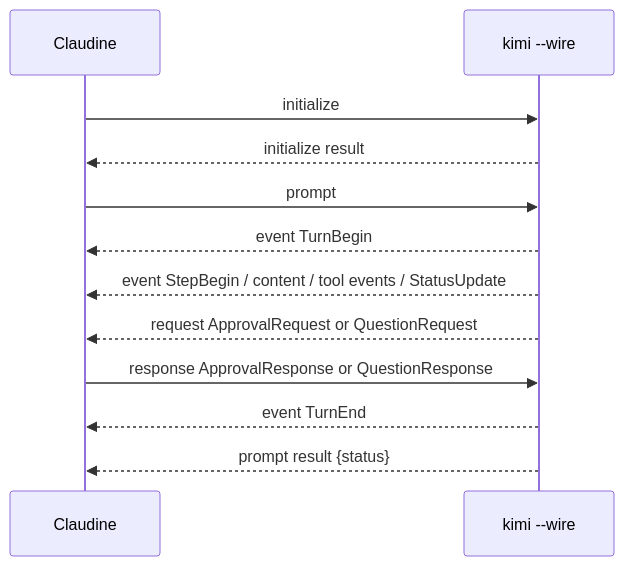
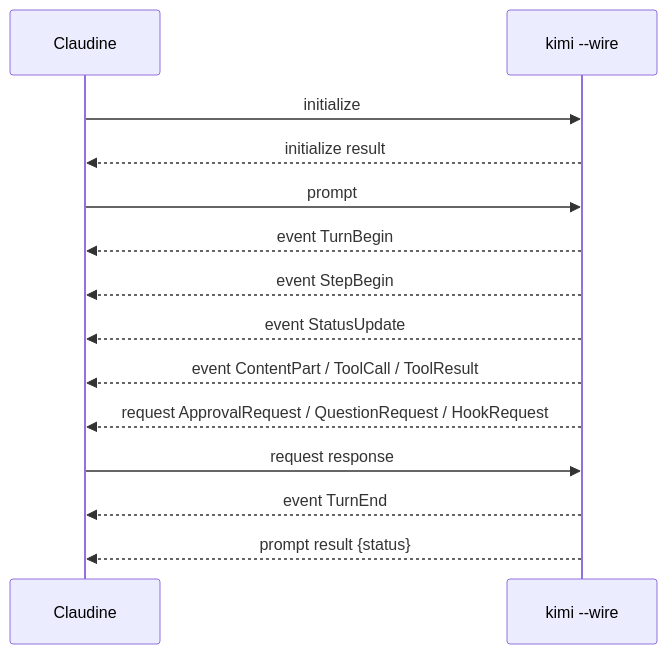
One commit to yankeeinlondon/rusty-biscuit changed the diagram in claudine/docs/research/non-interactive-sessions/kimi.md. Above: the diagram before and after it, drawn with Mermaid. The commit also changed other lines of this file and 9 other files, not shown here.

````diff
--- a/claudine/docs/research/non-interactive-sessions/kimi.md
+++ b/claudine/docs/research/non-interactive-sessions/kimi.md
@@ -635,14 +713,16 @@
 ```mermaid
 sequenceDiagram
     participant C as Claudine
     participant K as kimi --wire
     C->>K: initialize
     K-->>C: initialize result
     C->>K: prompt
     K-->>C: event TurnBegin
-    K-->>C: event StepBegin / content / tool events / StatusUpdate
-    K-->>C: request ApprovalRequest or QuestionRequest
-    C->>K: response ApprovalResponse or QuestionResponse
+    K-->>C: event StepBegin
+    K-->>C: event StatusUpdate
+    K-->>C: event ContentPart / ToolCall / ToolResult
+    K-->>C: request ApprovalRequest / QuestionRequest / HookRequest
+    C->>K: request response
     K-->>C: event TurnEnd
     K-->>C: prompt result {status}
 ```
````
